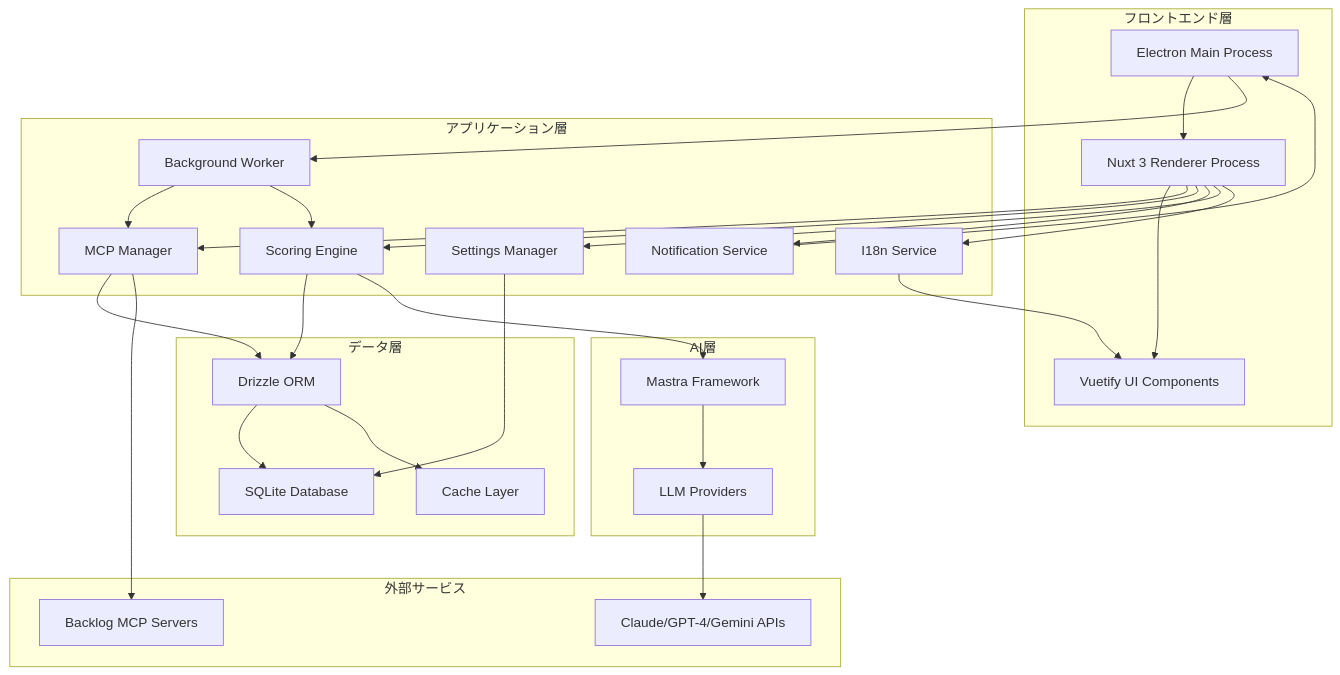
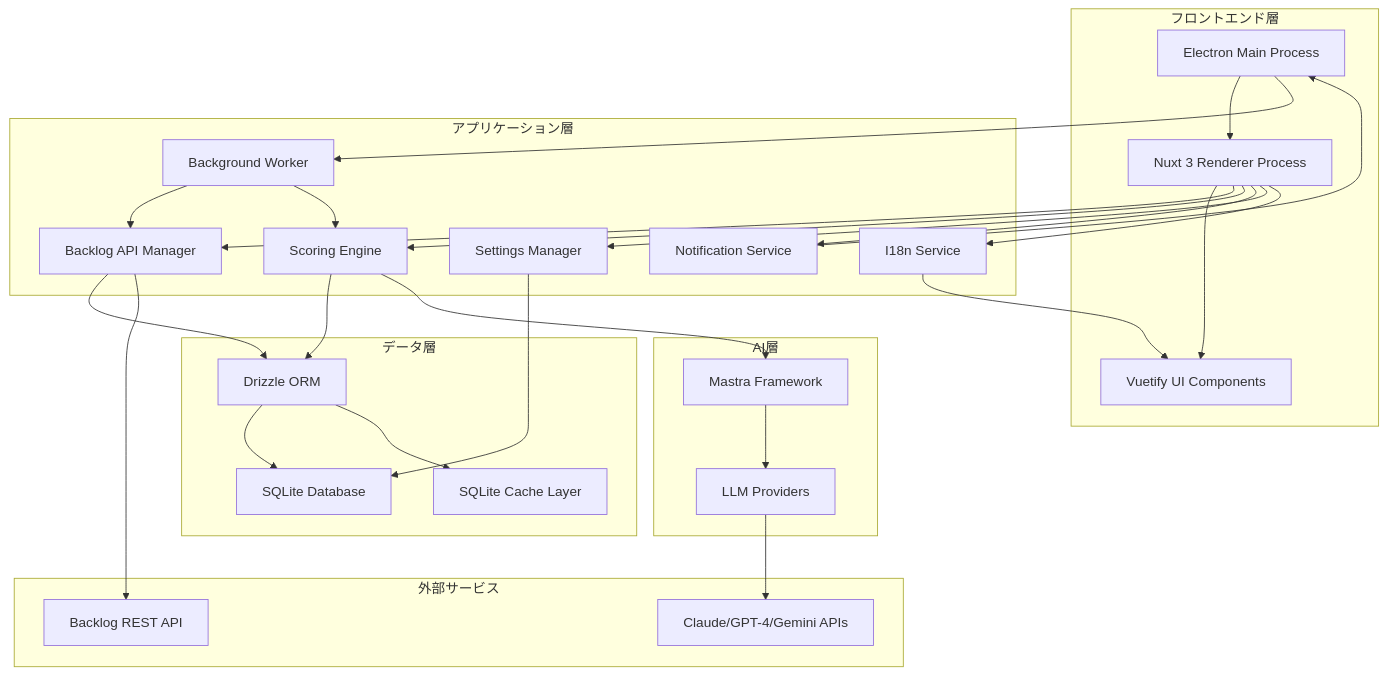
Before and after one commit to sumihiro3/project-lens: the first of 6 diagrams in .kiro/specs/project-lens-desktop-app/design.md, drawn with Mermaid. The commit also changed other lines of this file and 3 other files, not shown here.

Commit message:
レートリミット把握のため、Backlog MCP Server を利用せずに API を直接実行するようにした

````diff
--- a/.kiro/specs/project-lens-desktop-app/design.md
+++ b/.kiro/specs/project-lens-desktop-app/design.md
@@ -37,55 +37,55 @@
 ```mermaid
 graph TB
     subgraph "フロントエンド層"
         A[Electron Main Process]
         B[Nuxt 3 Renderer Process]
         C[Vuetify UI Components]
     end
 
     subgraph "アプリケーション層"
-        D[MCP Manager]
+        D[Backlog API Manager]
         E[Scoring Engine]
         F[Notification Service]
         G[Background Worker]
         H[Settings Manager]
         I18N[I18n Service]
     end
 
     subgraph "AI層"
         I[Mastra Framework]
         J[LLM Providers]
     end
 
     subgraph "データ層"
         K[SQLite Database]
         L[Drizzle ORM]
-        M[Cache Layer]
+        M[SQLite Cache Layer]
     end
 
     subgraph "外部サービス"
-        N[Backlog MCP Servers]
+        N[Backlog REST API]
         O[Claude/GPT-4/Gemini APIs]
     end
 
     A --> B
     B --> C
     B --> D
     B --> E
     B --> F
     B --> H
     B --> I18N
     A --> G
     I18N --> C
     D --> L
     E --> L
     F --> A
     G --> D
     G --> E
     H --> K
     L --> K
     L --> M
     D --> N
     I --> J
     J --> O
     E --> I
 ```
````
